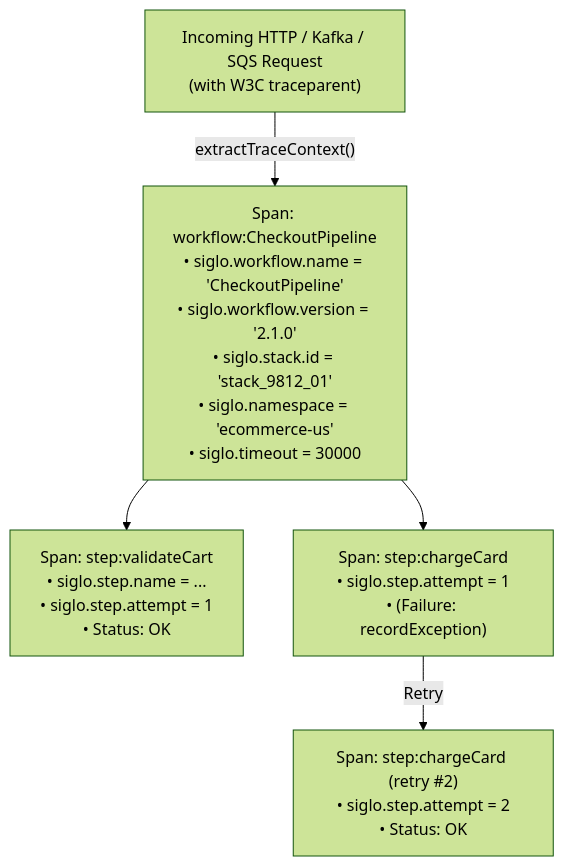
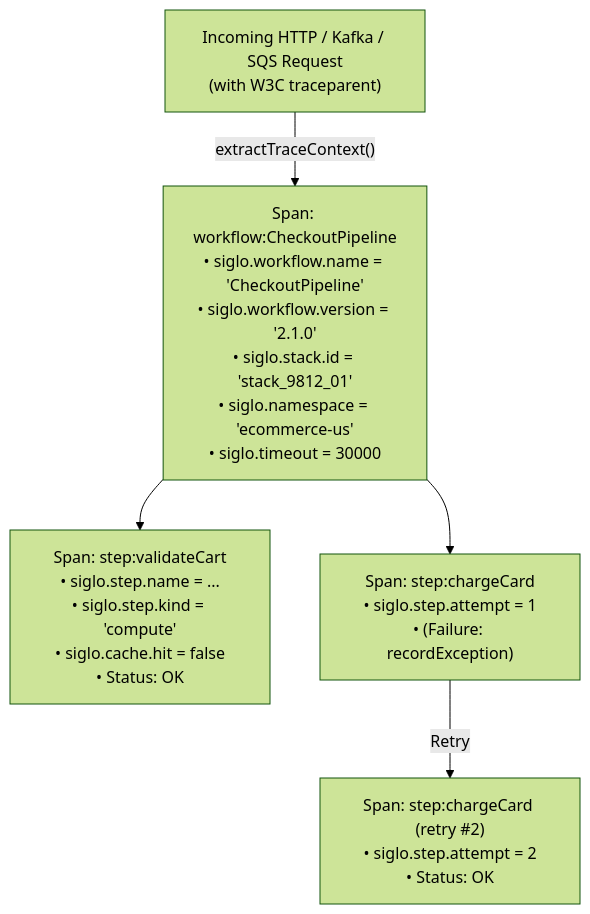
One commit to jsoftgem/siglo changed the diagram in packages/opentelemetry/README.md. Above: the diagram before and after it, drawn with Mermaid (forest theme). The commit also changed other lines of this file and 273 other files, not shown here.

First line of the commit message:
Release v1.3.0: `Step.compute`, Synchronous Dynamic Options, Duration Ergonomics, ASL Egress Governance & Type-Safety Hardening (#15)

````diff
--- a/packages/opentelemetry/README.md
+++ b/packages/opentelemetry/README.md
@@ -11,7 +11,7 @@
 ```mermaid
 flowchart TD
     Req["Incoming HTTP / Kafka / SQS Request<br/>(with W3C traceparent)"] -->|"extractTraceContext()"| WFSpan["Span: workflow:CheckoutPipeline<br/>• siglo.workflow.name = 'CheckoutPipeline'<br/>• siglo.workflow.version = '2.1.0'<br/>• siglo.stack.id = 'stack_9812_01'<br/>• siglo.namespace = 'ecommerce-us'<br/>• siglo.timeout = 30000"]
-    WFSpan --> Step1["Span: step:validateCart<br/>• siglo.step.name = ...<br/>• siglo.step.attempt = 1<br/>• Status: OK"]
+    WFSpan --> Step1["Span: step:validateCart<br/>• siglo.step.name = ...<br/>• siglo.step.kind = 'compute'<br/>• siglo.cache.hit = false<br/>• Status: OK"]
     WFSpan --> Step2["Span: step:chargeCard<br/>• siglo.step.attempt = 1<br/>• (Failure: recordException)"]
     Step2 -->|Retry| Step2Retry["Span: step:chargeCard (retry #2)<br/>• siglo.step.attempt = 2<br/>• Status: OK"]
 ```
````
